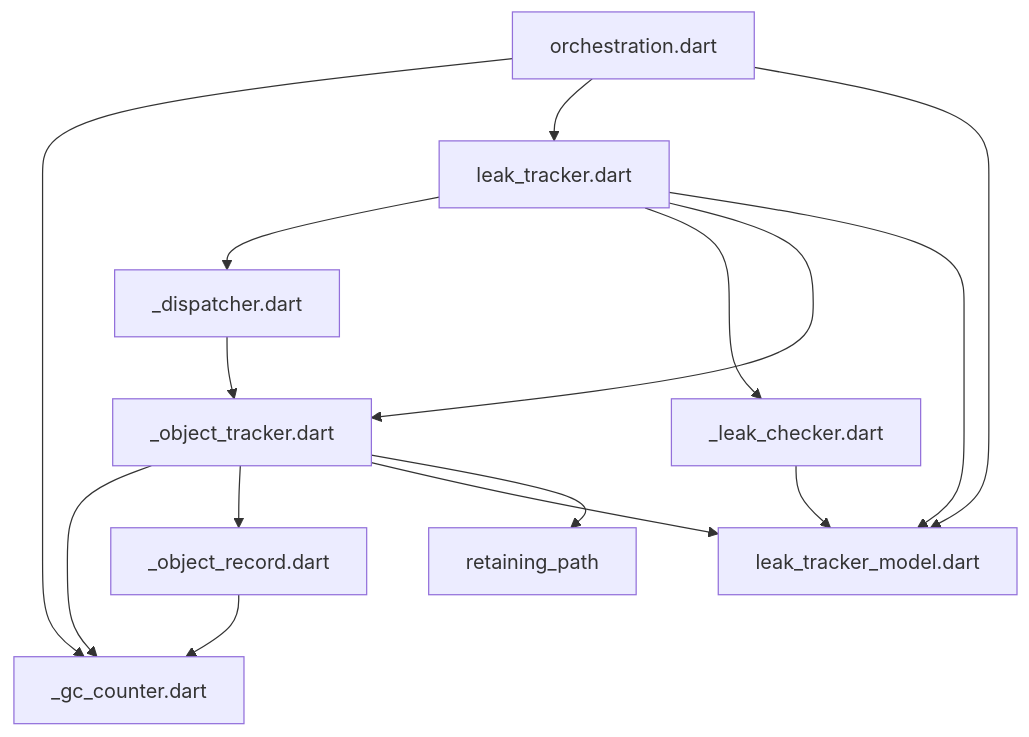
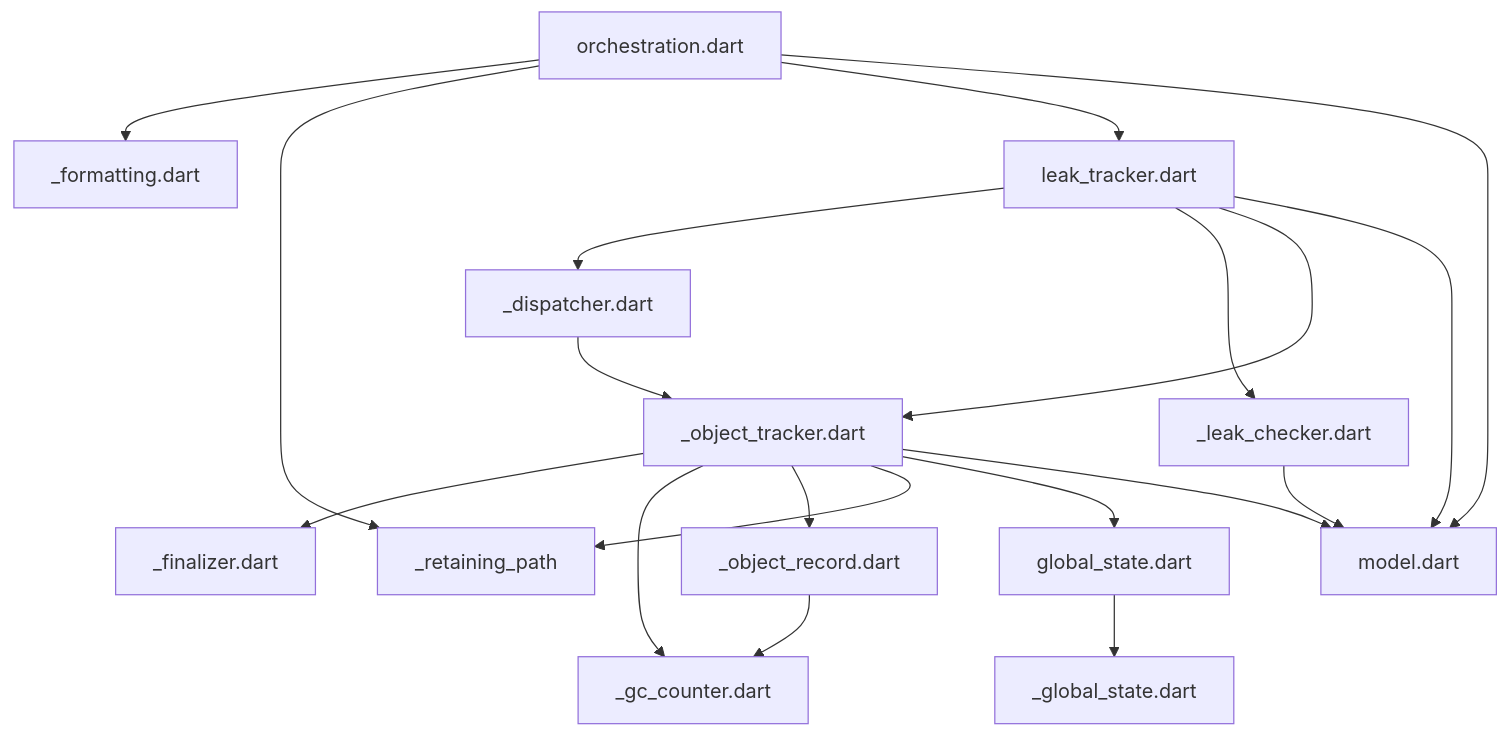
One commit to dart-lang/leak_tracker changed the diagram in pkgs/leak_tracker/lib/src/leak_tracking/DEPENDENCIES.md. Above: the diagram before and after it, drawn with Mermaid. The commit also changed 13 other files, not shown here.

````diff
--- a/pkgs/leak_tracker/lib/src/leak_tracking/DEPENDENCIES.md
+++ b/pkgs/leak_tracker/lib/src/leak_tracking/DEPENDENCIES.md
@@ -6,17 +6,21 @@
 ```mermaid
 flowchart TD;
 _dispatcher.dart-->_object_tracker.dart;
-_leak_checker.dart-->leak_tracker_model.dart;
+_leak_checker.dart-->model.dart;
 _object_record.dart-->_gc_counter.dart;
+_object_tracker.dart-->_finalizer.dart;
 _object_tracker.dart-->_gc_counter.dart;
 _object_tracker.dart-->_object_record.dart;
-_object_tracker.dart-->leak_tracker_model.dart;
-_object_tracker.dart-->retaining_path;
+_object_tracker.dart-->_retaining_path;
+_object_tracker.dart-->global_state.dart;
+_object_tracker.dart-->model.dart;
+global_state.dart-->_global_state.dart;
 leak_tracker.dart-->_dispatcher.dart;
 leak_tracker.dart-->_leak_checker.dart;
 leak_tracker.dart-->_object_tracker.dart;
-leak_tracker.dart-->leak_tracker_model.dart;
-orchestration.dart-->_gc_counter.dart;
+leak_tracker.dart-->model.dart;
+orchestration.dart-->_formatting.dart;
+orchestration.dart-->_retaining_path;
 orchestration.dart-->leak_tracker.dart;
-orchestration.dart-->leak_tracker_model.dart;
+orchestration.dart-->model.dart;
 ```
````
